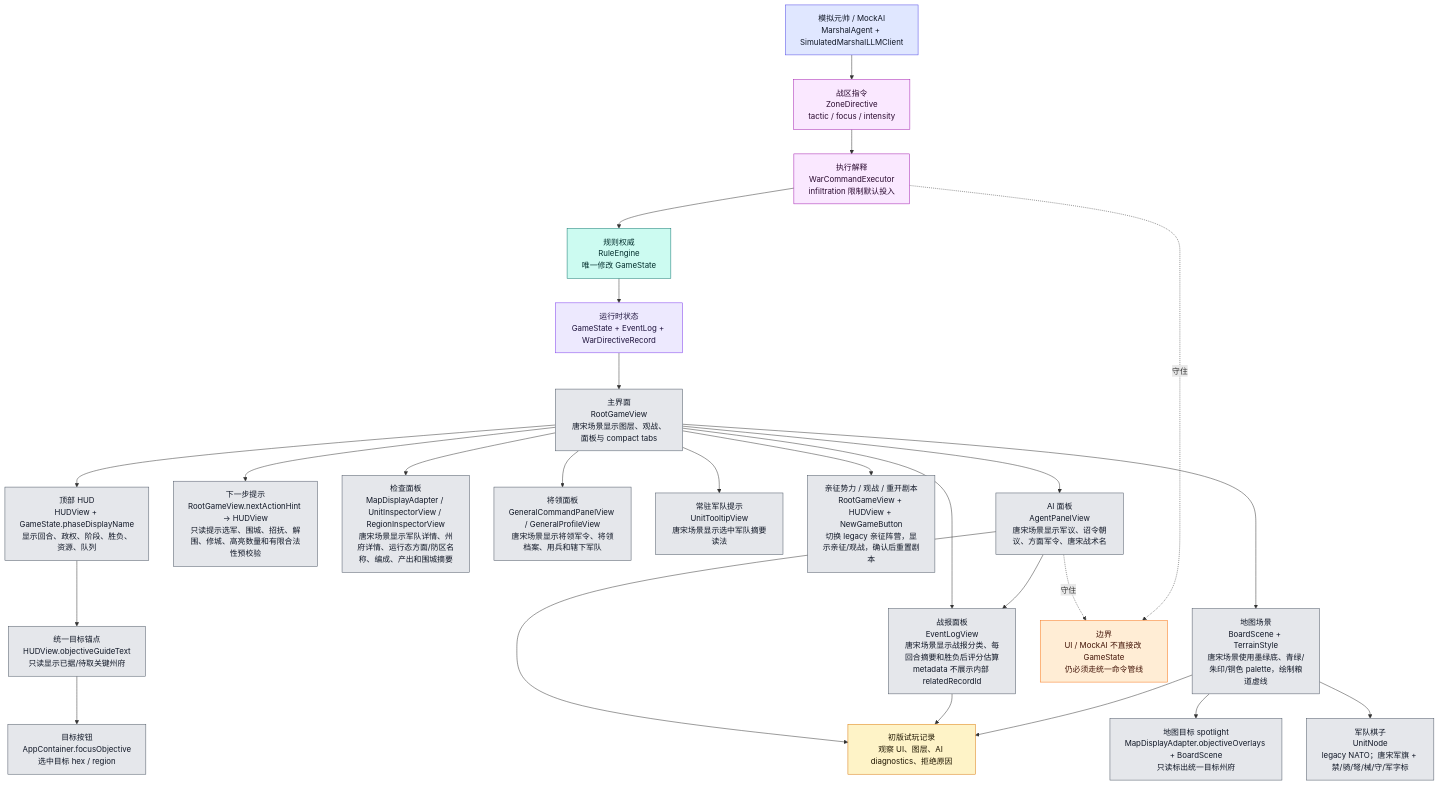
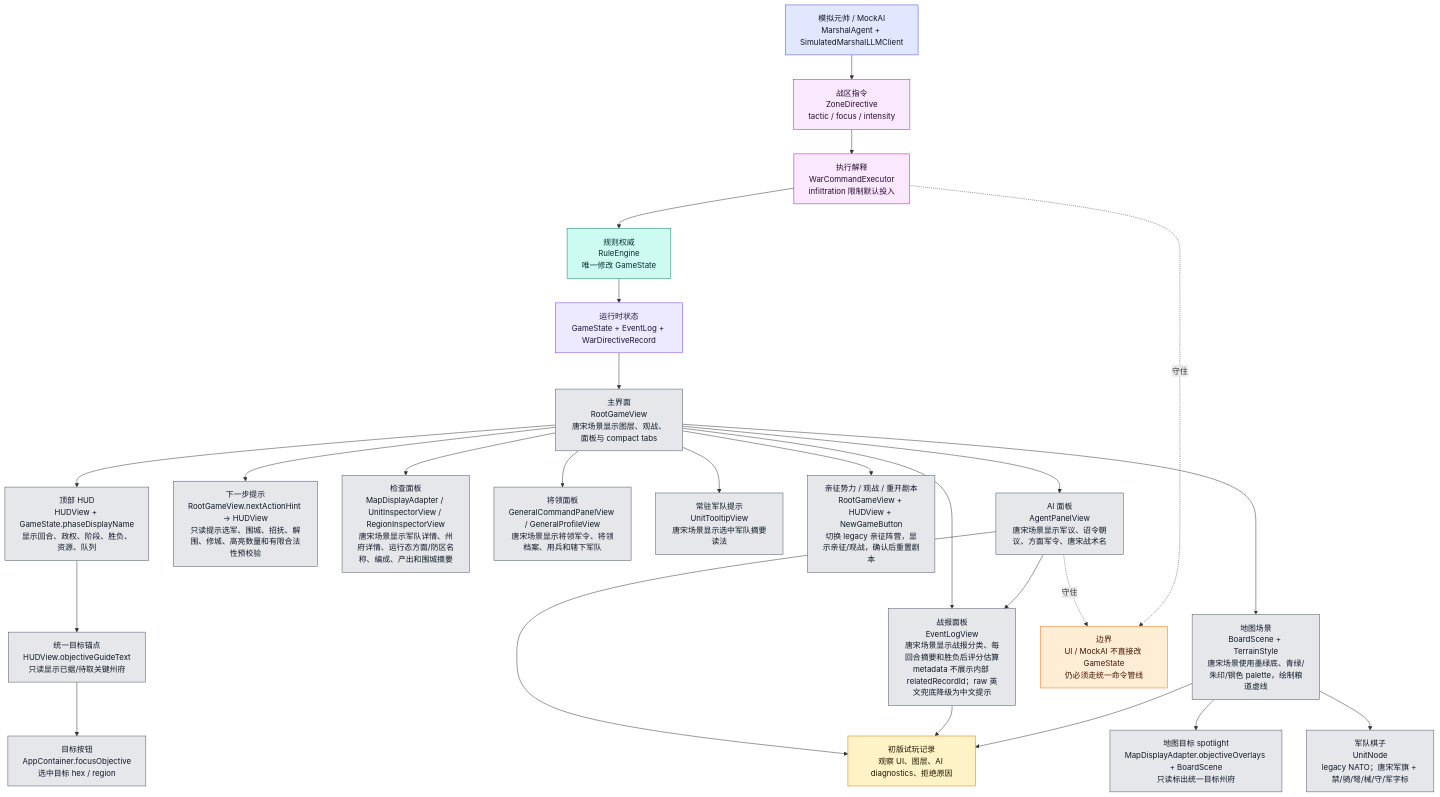
One commit to Altman-sam114/125 changed the tenth of 12 diagrams in md/flow/flowchart.md. Above: the diagram before and after it, drawn with Mermaid. The commit also changed other lines of this file and 8 other files, not shown here.

````diff
--- a/md/flow/flowchart.md
+++ b/md/flow/flowchart.md
@@ -574,54 +575,54 @@
 ```mermaid
 flowchart TD
     STATE["运行时状态<br/>GameState + EventLog + WarDirectiveRecord"]:::state
     ROOT["主界面<br/>RootGameView<br/>唐宋场景显示图层、观战、面板与 compact tabs"]:::ui
     HUD["顶部 HUD<br/>HUDView + GameState.phaseDisplayName<br/>显示回合、政权、阶段、胜负、资源、队列"]:::ui
     GOAL["统一目标锚点<br/>HUDView.objectiveGuideText<br/>只读显示已据/待取关键州府"]:::ui
     FOCUS["目标按钮<br/>AppContainer.focusObjective<br/>选中目标 hex / region"]:::ui
     SPOTLIGHT["地图目标 spotlight<br/>MapDisplayAdapter.objectiveOverlays + BoardScene<br/>只读标出统一目标州府"]:::ui
     HINT["下一步提示<br/>RootGameView.nextActionHint -> HUDView<br/>只读提示选军、围城、招抚、解围、修城、高亮数量和有限合法性预校验"]:::ui
     INSPECT["检查面板<br/>MapDisplayAdapter / UnitInspectorView / RegionInspectorView<br/>唐宋场景显示军队详情、州府详情、运行态方面/防区名称、编成、产出和围城摘要"]:::ui
     GENPANELS["将领面板<br/>GeneralCommandPanelView / GeneralProfileView<br/>唐宋场景显示将领军令、将领档案、用兵和辖下军队"]:::ui
     TOOLTIP["常驻军队提示<br/>UnitTooltipView<br/>唐宋场景显示选中军队摘要读法"]:::ui
     SESSIONHUD["亲征势力 / 观战 / 重开剧本<br/>RootGameView + HUDView + NewGameButton<br/>切换 legacy 亲征阵营，显示亲征/观战，确认后重置剧本"]:::ui
-    LOG["战报面板<br/>EventLogView<br/>唐宋场景显示战报分类、每回合摘要和胜负后评分估算<br/>metadata 不展示内部 relatedRecordId"]:::ui
+    LOG["战报面板<br/>EventLogView<br/>唐宋场景显示战报分类、每回合摘要和胜负后评分估算<br/>metadata 不展示内部 relatedRecordId；raw 英文兜底降级为中文提示"]:::ui
     AIUI["AI 面板<br/>AgentPanelView<br/>唐宋场景显示军议、诏令朝议、方面军令、唐宋战术名"]:::ui
     BOARD["地图场景<br/>BoardScene + TerrainStyle<br/>唐宋场景使用墨绿底、青绿/朱印/铜色 palette，绘制粮道虚线"]:::ui
     UNIT["军队棋子<br/>UnitNode<br/>legacy NATO；唐宋军旗 + 禁/骑/弩/械/守/军字标"]:::ui
     MARSHAL["模拟元帅 / MockAI<br/>MarshalAgent + SimulatedMarshalLLMClient"]:::ai
     ZD["战区指令<br/>ZoneDirective<br/>tactic / focus / intensity"]:::command
     WCE["执行解释<br/>WarCommandExecutor<br/>infiltration 限制默认投入"]:::command
     RULE["规则权威<br/>RuleEngine<br/>唯一修改 GameState"]:::rules
     PLAYTEST["初版试玩记录<br/>观察 UI、图层、AI diagnostics、拒绝原因"]:::doc
 
     STATE --> ROOT
     ROOT --> HUD
     HUD --> GOAL --> FOCUS
     BOARD --> SPOTLIGHT
     ROOT --> HINT
     ROOT --> INSPECT
     ROOT --> GENPANELS
     ROOT --> TOOLTIP
     ROOT --> SESSIONHUD
     ROOT --> LOG
     ROOT --> AIUI
     AIUI --> LOG
     ROOT --> BOARD
     BOARD --> UNIT
     MARSHAL --> ZD --> WCE --> RULE --> STATE
     AIUI --> PLAYTEST
     LOG --> PLAYTEST
     BOARD --> PLAYTEST
 
     WARN["边界<br/>UI / MockAI 不直接改 GameState<br/>仍必须走统一命令管线"]:::warn
     AIUI -.守住.-> WARN
     WCE -.守住.-> WARN
 
     classDef state fill:#ede9fe,stroke:#7c3aed,color:#1f143d
     classDef ui fill:#e5e7eb,stroke:#4b5563,color:#111827
     classDef ai fill:#e0e7ff,stroke:#4f46e5,color:#111827
     classDef command fill:#fae8ff,stroke:#a21caf,color:#2a0a2f
     classDef rules fill:#ccfbf1,stroke:#0f766e,color:#042f2e
     classDef doc fill:#fef3c7,stroke:#d97706,color:#1f1600
     classDef warn fill:#ffedd5,stroke:#f97316,color:#431407
 ```
````
